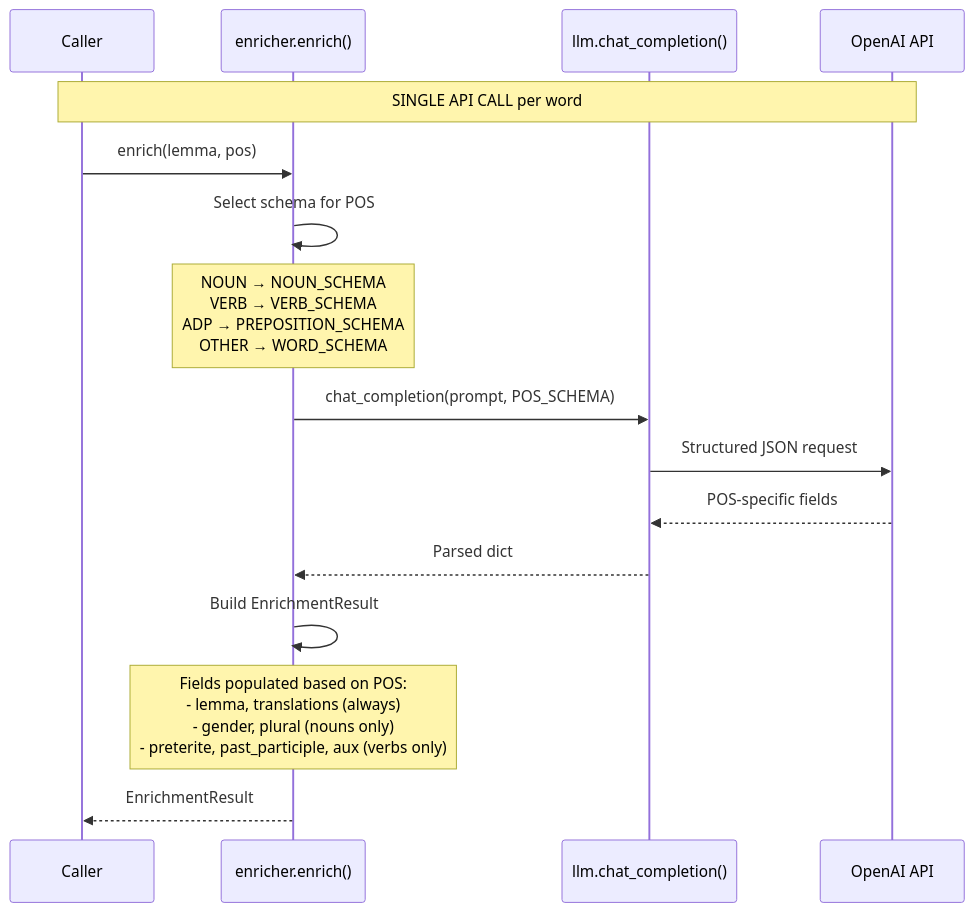
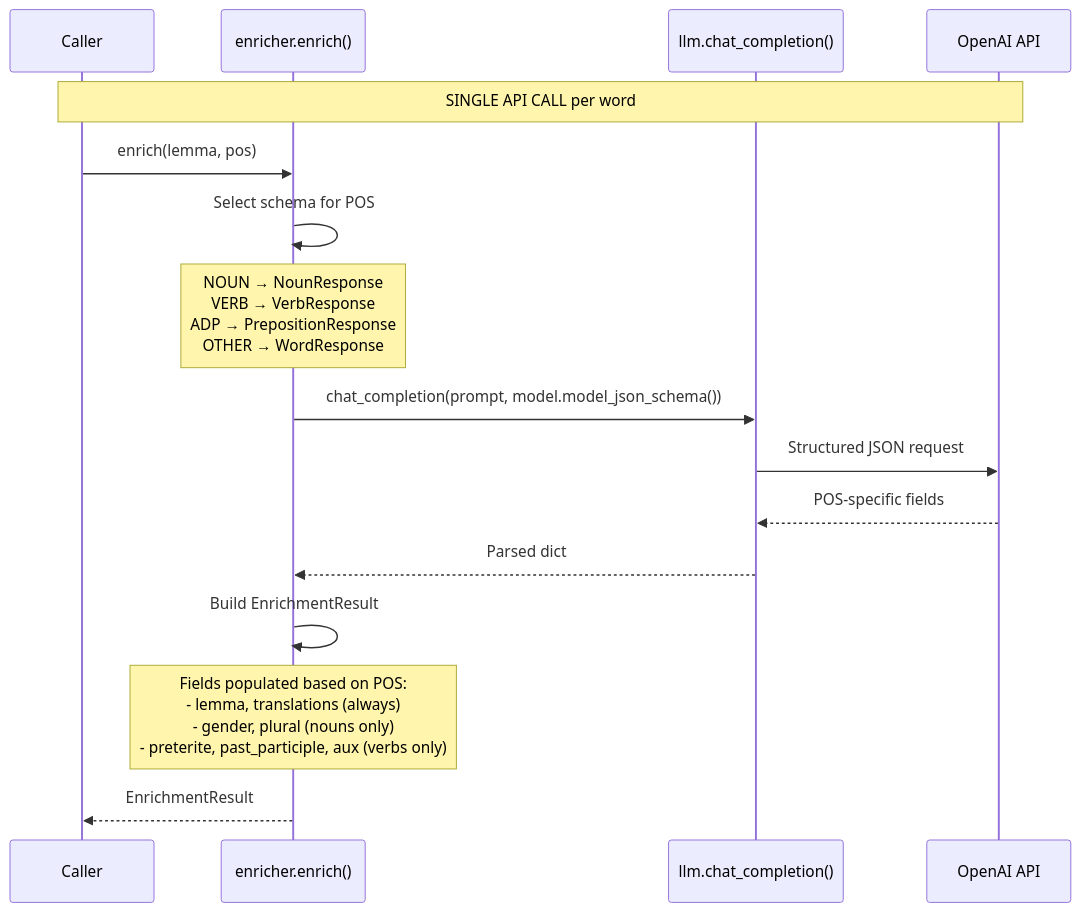
One commit to sapientpants/vocabext changed the fifth of 9 diagrams in docs/llm-pipelines.md. Above: the diagram before and after it, drawn with Mermaid. The commit also changed other lines of this file and 2 other files, not shown here.

First line of the commit message:
refactor: use Pydantic models for LLM response schemas

````diff
--- a/docs/llm-pipelines.md
+++ b/docs/llm-pipelines.md
@@ -225,24 +225,24 @@
 ```mermaid
 sequenceDiagram
     participant Caller
     participant Enricher as enricher.enrich()
     participant llm as llm.chat_completion()
     participant API as OpenAI API
 
     Note over Caller,API: SINGLE API CALL per word
 
     Caller->>Enricher: enrich(lemma, pos)
 
     Enricher->>Enricher: Select schema for POS
-    Note over Enricher: NOUN → NOUN_SCHEMA<br/>VERB → VERB_SCHEMA<br/>ADP → PREPOSITION_SCHEMA<br/>OTHER → WORD_SCHEMA
+    Note over Enricher: NOUN → NounResponse<br/>VERB → VerbResponse<br/>ADP → PrepositionResponse<br/>OTHER → WordResponse
 
-    Enricher->>llm: chat_completion(prompt, POS_SCHEMA)
+    Enricher->>llm: chat_completion(prompt, model.model_json_schema())
     llm->>API: Structured JSON request
     API-->>llm: POS-specific fields
     llm-->>Enricher: Parsed dict
 
     Enricher->>Enricher: Build EnrichmentResult
     Note over Enricher: Fields populated based on POS:<br/>- lemma, translations (always)<br/>- gender, plural (nouns only)<br/>- preterite, past_participle, aux (verbs only)
 
     Enricher-->>Caller: EnrichmentResult
 ```
````
